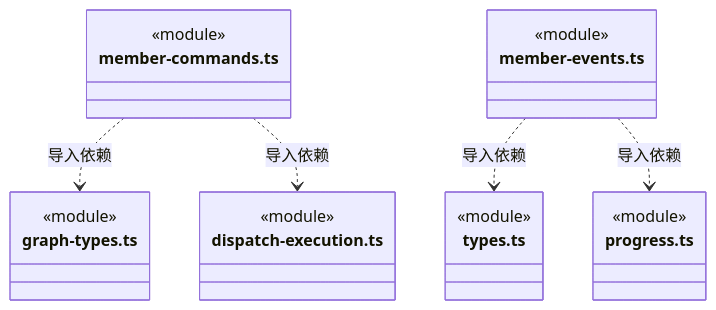
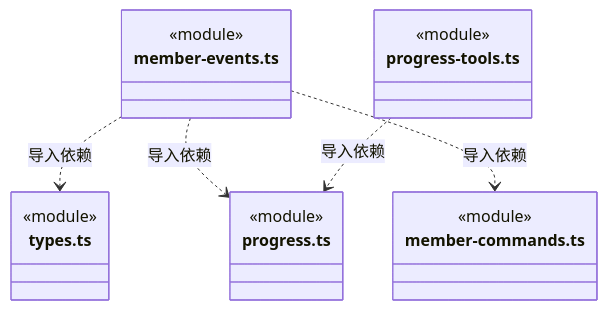
Before and after one commit to nan023062/cbim: diagram 46 of 50 in src/backend/core/tasks/ARCHITECTURE.md, drawn with Mermaid. The commit also changed other lines of this file and 65 other files, not shown here.

````diff
--- a/src/backend/core/tasks/ARCHITECTURE.md
+++ b/src/backend/core/tasks/ARCHITECTURE.md
@@ -1099,25 +1173,22 @@
 ```mermaid
 classDiagram
-class N_src_backend_core_tasks_member_commands_ts["member-commands.ts"] {
-  <<module>>
-}
-class N_src_backend_core_tasks_graph_types_ts["graph-types.ts"] {
-  <<module>>
-}
-class N_src_backend_core_tasks_dispatch_execution_ts["dispatch-execution.ts"] {
-  <<module>>
-}
 class N_src_backend_core_tasks_member_events_ts["member-events.ts"] {
   <<module>>
 }
 class N_src_backend_core_tasks_types_ts["types.ts"] {
   <<module>>
 }
 class N_src_backend_core_tasks_progress_ts["progress.ts"] {
   <<module>>
 }
-N_src_backend_core_tasks_member_commands_ts ..> N_src_backend_core_tasks_graph_types_ts : 导入依赖
-N_src_backend_core_tasks_member_commands_ts ..> N_src_backend_core_tasks_dispatch_execution_ts : 导入依赖
+class N_src_backend_core_tasks_member_commands_ts["member-commands.ts"] {
+  <<module>>
+}
+class N_src_backend_core_tasks_progress_tools_ts["progress-tools.ts"] {
+  <<module>>
+}
 N_src_backend_core_tasks_member_events_ts ..> N_src_backend_core_tasks_types_ts : 导入依赖
 N_src_backend_core_tasks_member_events_ts ..> N_src_backend_core_tasks_progress_ts : 导入依赖
+N_src_backend_core_tasks_member_events_ts ..> N_src_backend_core_tasks_member_commands_ts : 导入依赖
+N_src_backend_core_tasks_progress_tools_ts ..> N_src_backend_core_tasks_progress_ts : 导入依赖
 ```
````
